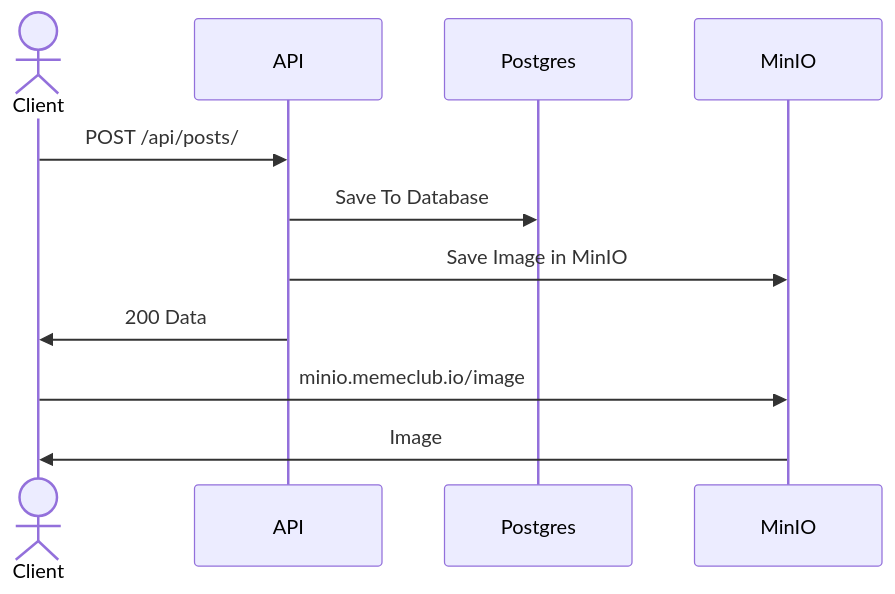
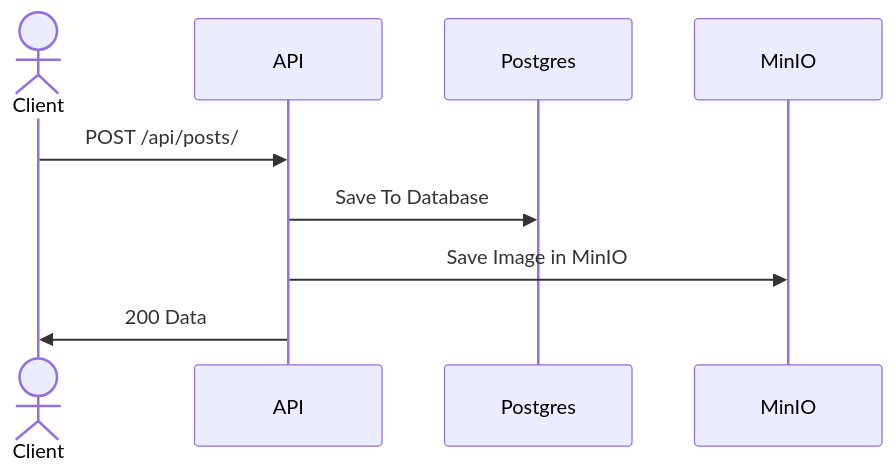
One commit to beschlz/memeclub-api changed the second of 2 diagrams in documentation/project_planning/backend_overview.md. Above: the diagram before and after it, drawn with Mermaid. The commit also changed other lines of this file and 7 other files, not shown here.

````diff
--- a/documentation/project_planning/backend_overview.md
+++ b/documentation/project_planning/backend_overview.md
@@ -14,10 +14,9 @@
 ```mermaid
 sequenceDiagram
     actor Client
     Client->>API: POST /api/posts/
     API->>Postgres: Save To Database
     API->>MinIO: Save Image in MinIO
     API->>Client: 200 Data
-    Client->>MinIO: minio.memeclub.io/image
-    MinIO->>Client: Image
+
 ```
````
